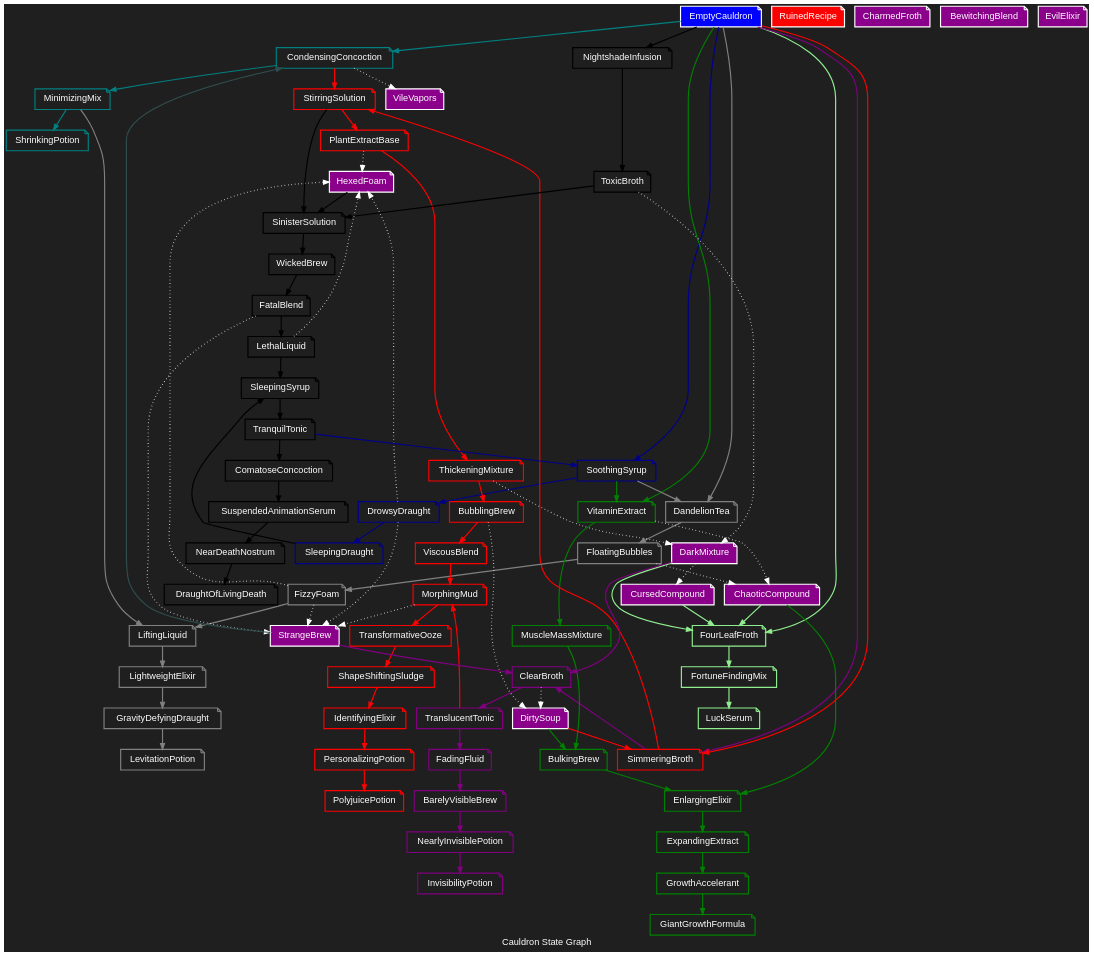
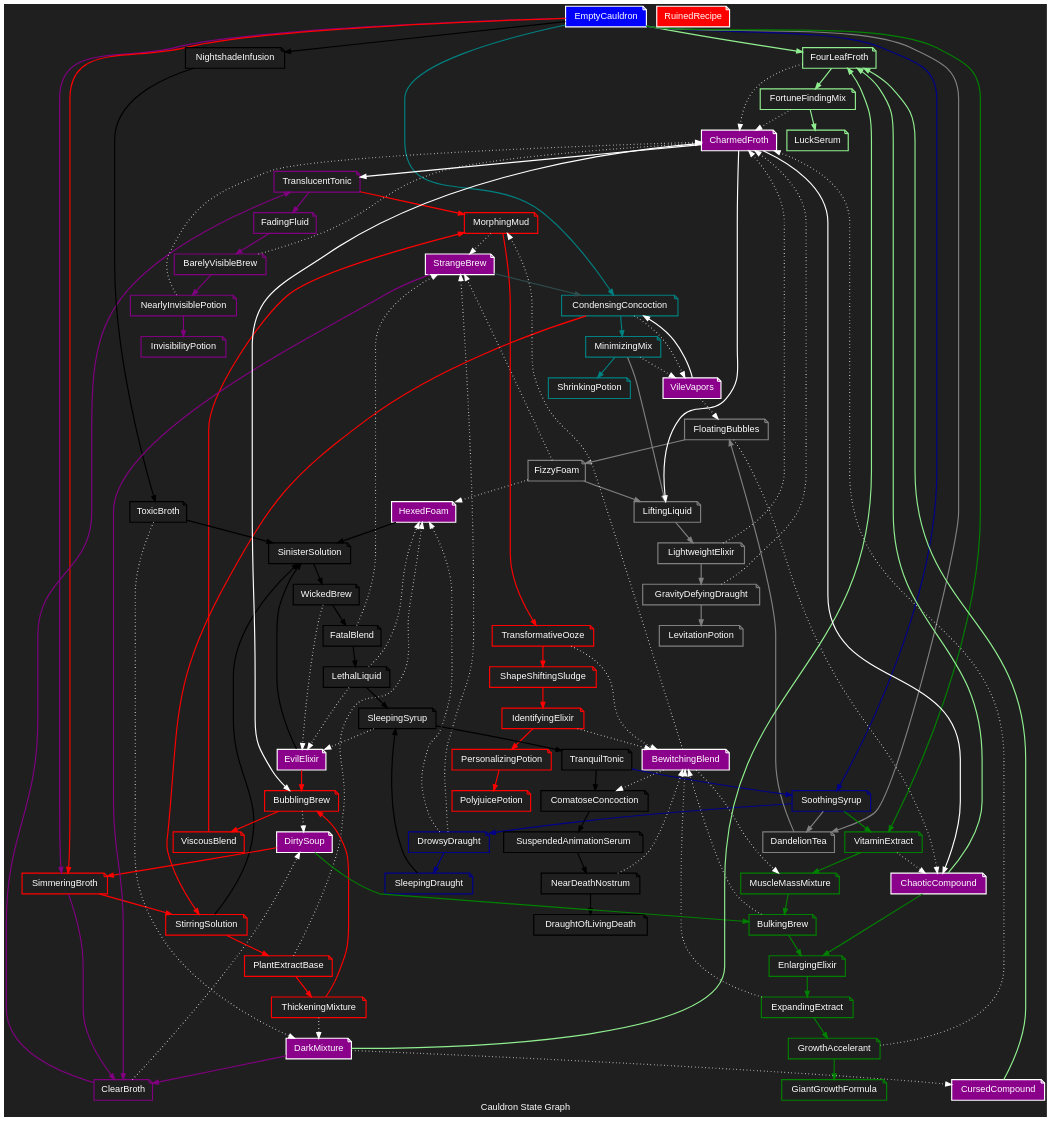
One commit to DrChristophFH/cauldron-chaos changed the diagram in state-graph.dot. Above: the diagram before and after it, drawn with Graphviz.

Commit message:
IRS und CRC

```diff
--- a/state-graph.dot
+++ b/state-graph.dot
@@ -305,4 +305,42 @@
   
   // Vile Vapors
   CondensingConcoction -> VileVapors [style = dotted; label = "";];
+  MinimizingMix -> VileVapors [style = dotted; label = "";];
+
+  VileVapors -> FloatingBubbles [style = dotted; label = "";];
+  VileVapors -> CondensingConcoction [style = teal; label = "";];
+
+  // Evil Elixer
+  WickedBrew -> EvilElixir [style = dotted; label = "";];
+  LethalLiquid -> EvilElixir [style = dotted; label = "";];
+  SleepingSyrup -> EvilElixir [style = dotted; label = "";];
+
+  EvilElixir -> SinisterSolution [color = black; label = "";];
+  EvilElixir -> BubblingBrew [color = red; label = "";];
+
+  // Bewitching Blend
+  TransformativeOoze -> BewitchingBlend[style = dotted; label = "";];
+  NearDeathNostrum -> BewitchingBlend[style = dotted; label = "";];
+  IdentifyingElixir -> BewitchingBlend[style = dotted; label = "";];
+  ExpandingExtract -> BewitchingBlend[style = dotted; label = "";];
+  BulkingBrew -> BewitchingBlend[style = dotted; label = "";];
+
+  BewitchingBlend -> MuscleMassMixture[style = dotted; label = "";];
+  BewitchingBlend -> MorphingMud[style = dotted; label = "";];
+  BewitchingBlend -> ComatoseConcoction[style = dotted; label = "";];
+
+  // Charmed Froth 
+  LightweightElixir -> CharmedFroth[style = dotted; label = "";];
+  GravityDefyingDraught -> CharmedFroth[style = dotted; label = "";];
+  BarelyVisibleBrew -> CharmedFroth[style = dotted; label = "";];
+  NearlyInvisiblePotion -> CharmedFroth[style = dotted; label = "";];
+  FourLeafFroth -> CharmedFroth[style = dotted; label = "";];
+  FortuneFindingMix -> CharmedFroth[style = dotted; label = "";];
+  GrowthAccelerant -> CharmedFroth[style = dotted; label = "";];
+
+  CharmedFroth -> BubblingBrew
+  CharmedFroth -> ChaoticCompound
+  CharmedFroth -> TranslucentTonic
+  CharmedFroth -> LiftingLiquid
+
 }
```
